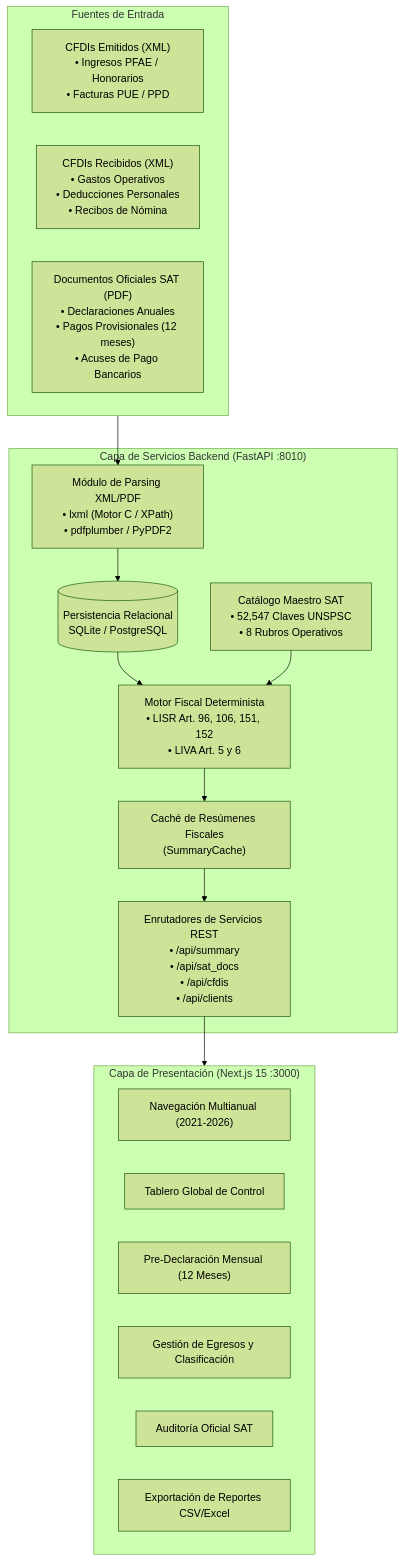
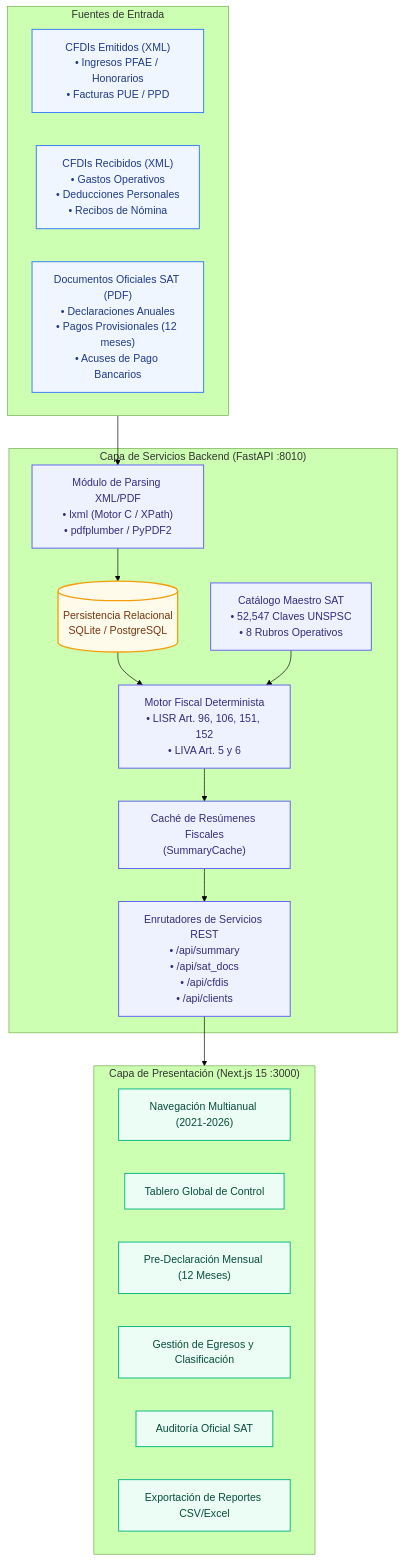
Before and after one commit to shellaquiles/tribuTACOS: the diagram in docs/01_arquitectura_general.md, drawn with Mermaid (forest theme). The commit also changed 6 other files, not shown here.

Commit message:
refactor: standardize documentation diagrams with vertical orientation and consistent color-coded styling

````diff
--- a/docs/01_arquitectura_general.md
+++ b/docs/01_arquitectura_general.md
@@ -11,34 +11,44 @@
 ```mermaid
 flowchart TD
     subgraph Ingesta["Fuentes de Entrada"]
         XML_Emitidos["CFDIs Emitidos (XML)\n• Ingresos PFAE / Honorarios\n• Facturas PUE / PPD"]
         XML_Recibidos["CFDIs Recibidos (XML)\n• Gastos Operativos\n• Deducciones Personales\n• Recibos de Nómina"]
         PDF_SAT["Documentos Oficiales SAT (PDF)\n• Declaraciones Anuales\n• Pagos Provisionales (12 meses)\n• Acuses de Pago Bancarios"]
     end
 
     subgraph Backend["Capa de Servicios Backend (FastAPI :8010)"]
         Parser["Módulo de Parsing XML/PDF\n• lxml (Motor C / XPath)\n• pdfplumber / PyPDF2"]
         DB[(Persistencia Relacional\nSQLite / PostgreSQL)]
         SatCat["Catálogo Maestro SAT\n• 52,547 Claves UNSPSC\n• 8 Rubros Operativos"]
         Engine["Motor Fiscal Determinista\n• LISR Art. 96, 106, 151, 152\n• LIVA Art. 5 y 6"]
         Cache["Caché de Resúmenes Fiscales\n(SummaryCache)"]
         API["Enrutadores de Servicios REST\n• /api/summary\n• /api/sat_docs\n• /api/cfdis\n• /api/clients"]
     end
 
     subgraph Frontend["Capa de Presentación (Next.js 15 :3000)"]
         UI_Nav["Navegación Multianual (2021-2026)"]
         UI_Dash["Tablero Global de Control"]
         UI_Pre["Pre-Declaración Mensual (12 Meses)"]
         UI_Egr["Gestión de Egresos y Clasificación"]
         UI_Aud["Auditoría Oficial SAT"]
         UI_Exp["Exportación de Reportes CSV/Excel"]
     end
 
     Ingesta --> Parser
     Parser --> DB
     DB --> Engine
     SatCat --> Engine
     Engine --> Cache
     Cache --> API
     API --> Frontend
+
+    classDef ingestaStyle fill:#eff6ff,stroke:#3b82f6,stroke-width:1.5px,color:#1e3a8a;
+    classDef backendStyle fill:#eef2ff,stroke:#6366f1,stroke-width:1.5px,color:#312e81;
+    classDef frontendStyle fill:#ecfdf5,stroke:#10b981,stroke-width:1.5px,color:#064e3b;
+    classDef dbStyle fill:#fffbeb,stroke:#f59e0b,stroke-width:2px,color:#78350f;
+
+    class XML_Emitidos,XML_Recibidos,PDF_SAT ingestaStyle;
+    class Parser,SatCat,Engine,Cache,API backendStyle;
+    class DB dbStyle;
+    class UI_Nav,UI_Dash,UI_Pre,UI_Egr,UI_Aud,UI_Exp frontendStyle;
 ```
````
